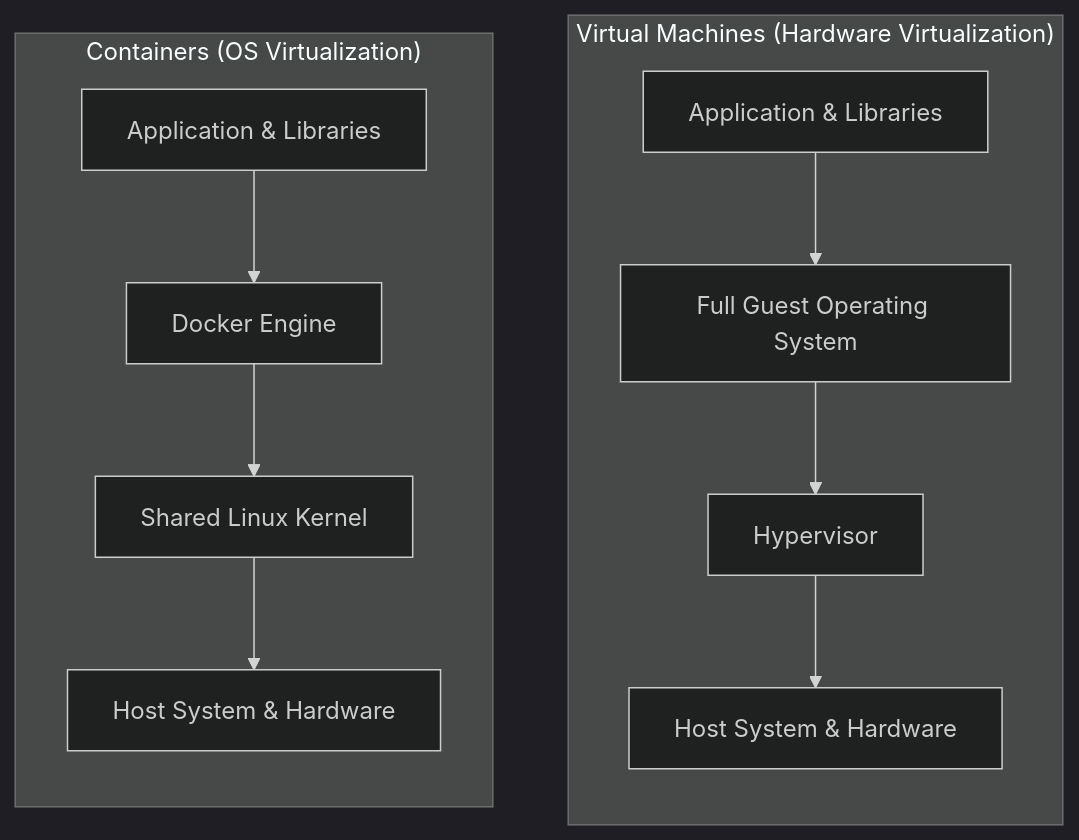
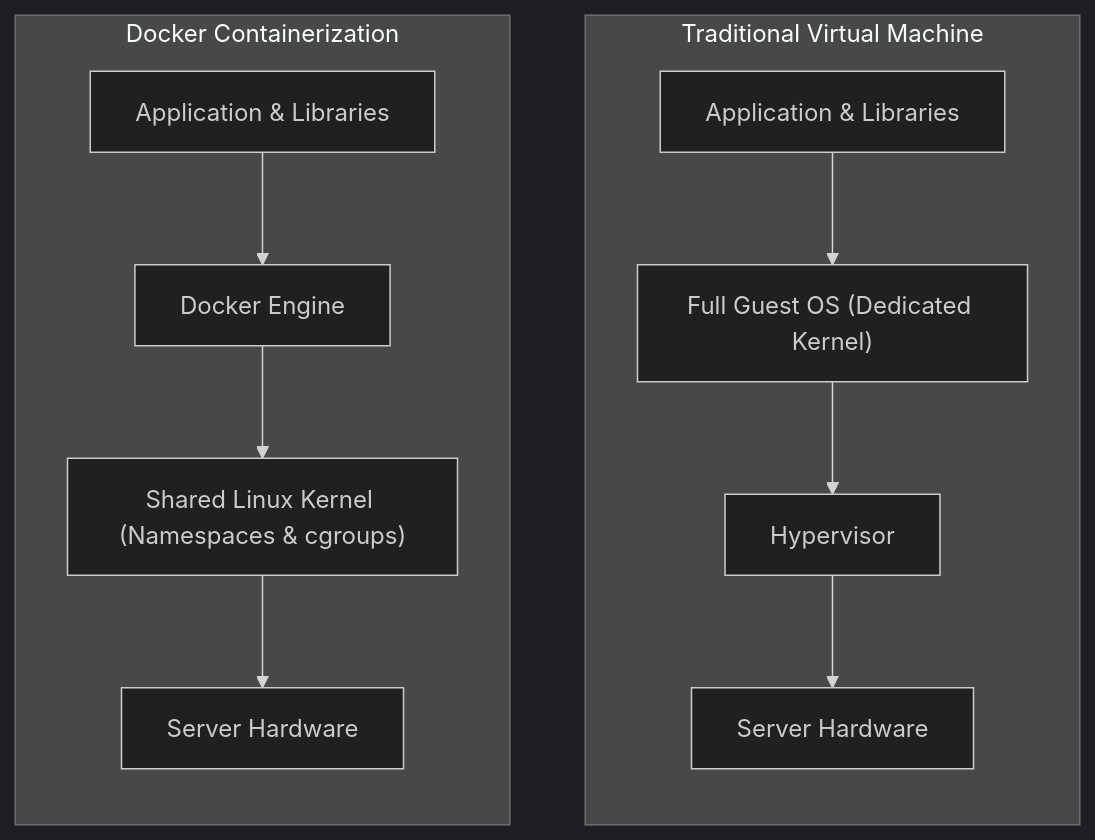
The first of 3 diagrams in content/posts/upa-campus-app-architecture-part-2/index.en.md (Pascal-Thommen/pascal-thommen.github.io), drawn with Mermaid (dark theme) before and after one commit. The commit also changed other lines of this file and 25 other files, not shown here.

````diff
--- a/content/posts/upa-campus-app-architecture-part-2/index.en.md
+++ b/content/posts/upa-campus-app-architecture-part-2/index.en.md
@@ -28,19 +30,13 @@
 ```mermaid
 flowchart TD
-    subgraph VM_Arch["Virtual Machines (Hardware Virtualization)"]
+    subgraph VM_Stack["Traditional Virtual Machine"]
         direction TB
-        AppVM["Application & Libraries"]
-        GuestOS["Full Guest Operating System"]
-        Hypervisor["Hypervisor"]
-        HostHW1["Host System & Hardware"]
-        AppVM --> GuestOS --> Hypervisor --> HostHW1
+        V1["Application & Libraries"] --> V2["Full Guest OS (Dedicated Kernel)"]
+        V2 --> V3["Hypervisor"] --> V4["Server Hardware"]
     end
-    subgraph Docker_Arch["Containers (OS Virtualization)"]
+    subgraph Container_Stack["Docker Containerization"]
         direction TB
-        AppDocker["Application & Libraries"]
-        Engine["Docker Engine"]
-        SharedKernel["Shared Linux Kernel"]
-        HostHW2["Host System & Hardware"]
-        AppDocker --> Engine --> SharedKernel --> HostHW2
+        C1["Application & Libraries"] --> C2["Docker Engine"]
+        C2 --> C3["Shared Linux Kernel (Namespaces & cgroups)"] --> C4["Server Hardware"]
     end
 ```
````
